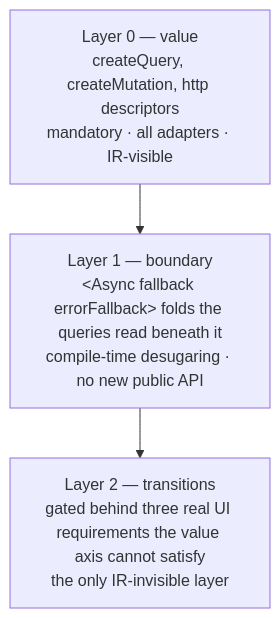
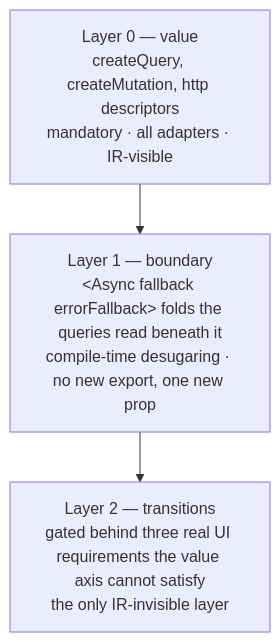
One commit to piconic-ai/barefootjs changed the fifth of 5 diagrams in spec/async.md. Above: the diagram before and after it, drawn with Mermaid. The commit also changed other lines of this file, not shown here.

````diff
--- a/spec/async.md
+++ b/spec/async.md
@@ -142,7 +142,7 @@
 ```mermaid
 graph TD
   L0["Layer 0 — value<br/>createQuery, createMutation, http descriptors<br/>mandatory · all adapters · IR-visible"]
-  L1["Layer 1 — boundary<br/>&lt;Async fallback errorFallback&gt; folds the queries read beneath it<br/>compile-time desugaring · no new public API"]
+  L1["Layer 1 — boundary<br/>&lt;Async fallback errorFallback&gt; folds the queries read beneath it<br/>compile-time desugaring · no new export, one new prop"]
   L2["Layer 2 — transitions<br/>gated behind three real UI requirements the value axis cannot satisfy<br/>the only IR-invisible layer"]
   L0 --> L1 --> L2
 ```
````
